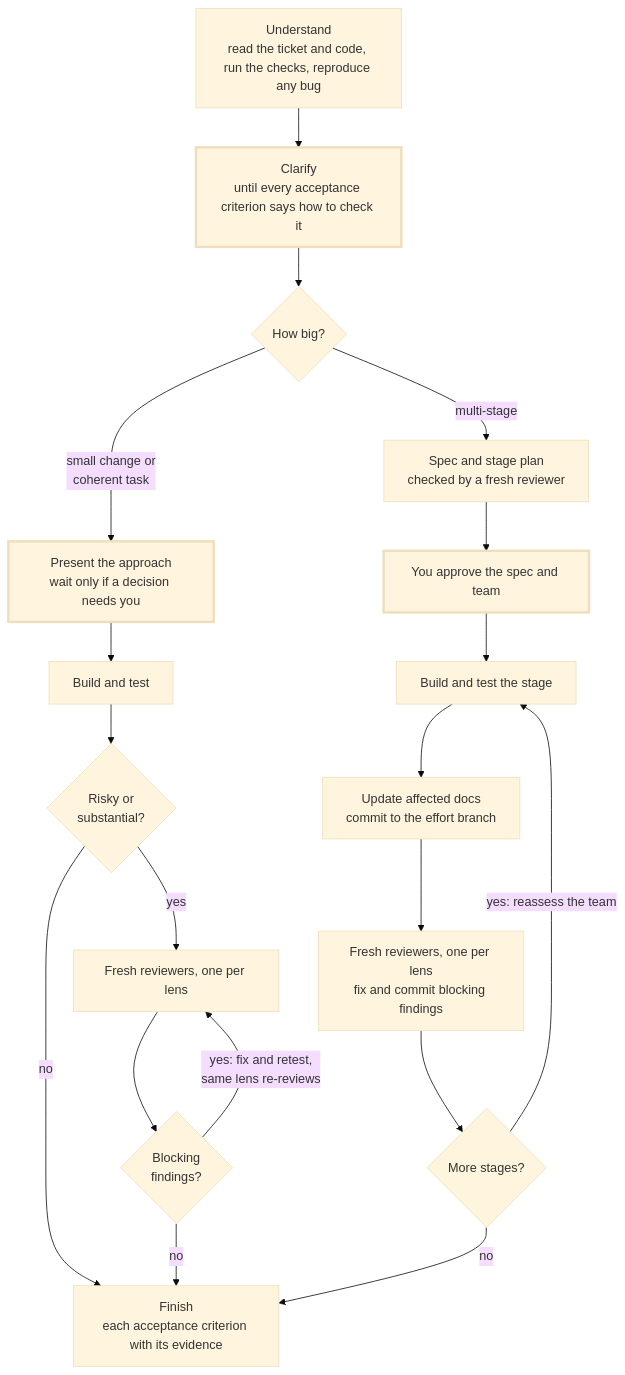
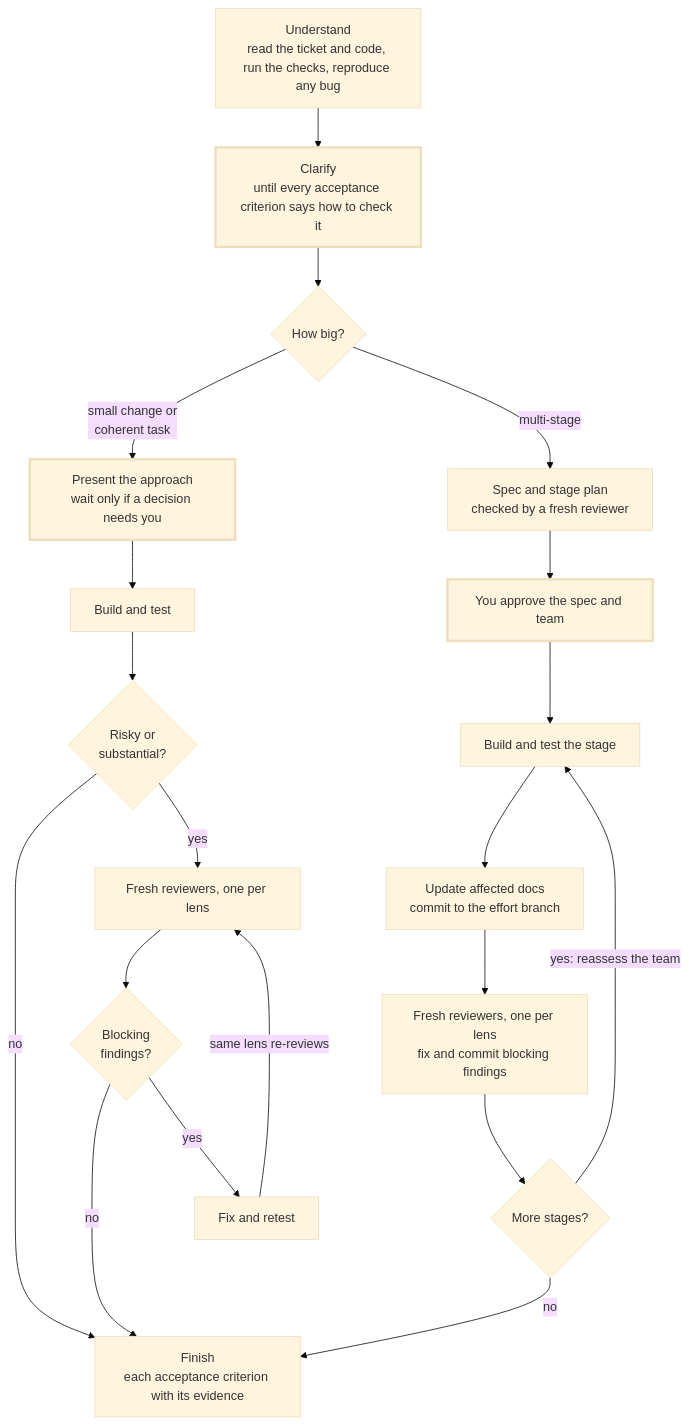
Before and after one commit to dipsylala/skills: the diagram in do-my-work/README.md, drawn with Mermaid (base theme).

Commit message:
Give the review loop's fix step its own box in the workflow diagram
"Blocking findings?" now labels its line "yes" and leads to a "Fix and
retest" box that loops back to the reviewers. An invisible link keeps
Finish below that box so the "no" line does not cross the loop.

````diff
--- a/do-my-work/README.md
+++ b/do-my-work/README.md
@@ -50,40 +50,43 @@
 ```mermaid
 flowchart TD
     U["Understand<br/>read the ticket and code, run the checks, reproduce any bug"]
     C["Clarify<br/>until every acceptance criterion says how to check it"]
     Size{"How big?"}
     Plan["Present the approach<br/>wait only if a decision needs you"]
     Build["Build and test"]
     Risky{"Risky or<br/>substantial?"}
     Review["Fresh reviewers, one per lens"]
     Blocking{"Blocking<br/>findings?"}
+    Fix["Fix and retest"]
     Spec["Spec and stage plan<br/>checked by a fresh reviewer"]
     Approve["You approve the spec and team"]
     Stage["Build and test the stage"]
     Commit["Update affected docs<br/>commit to the effort branch"]
     StageReview["Fresh reviewers, one per lens<br/>fix and commit blocking findings"]
     More{"More stages?"}
     Finish["Finish<br/>each acceptance criterion with its evidence"]
 
     U --> C
     C --> Size
     Size -- "small change or<br/>coherent task" --> Plan
     Plan --> Build
     Build --> Risky
     Risky -- yes --> Review
     Risky -- no --> Finish
     Review --> Blocking
-    Blocking -- "yes: fix and retest,<br/>same lens re-reviews" --> Review
+    Blocking -- yes --> Fix
+    Fix -- "same lens re-reviews" --> Review
     Blocking -- no --> Finish
+    Fix ~~~ Finish
     Size -- multi-stage --> Spec
     Spec --> Approve
     Approve --> Stage
     Stage --> Commit
     Commit --> StageReview
     StageReview --> More
     More -- "yes: reassess the team" --> Stage
     More -- no --> Finish
 
     classDef you stroke-width:3px
     class C,Plan,Approve you
 ```
````
